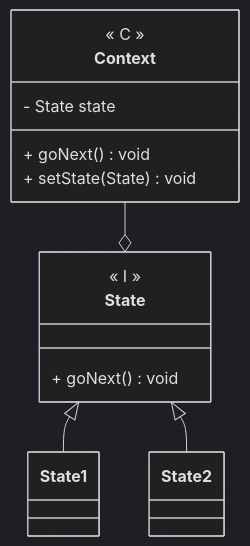
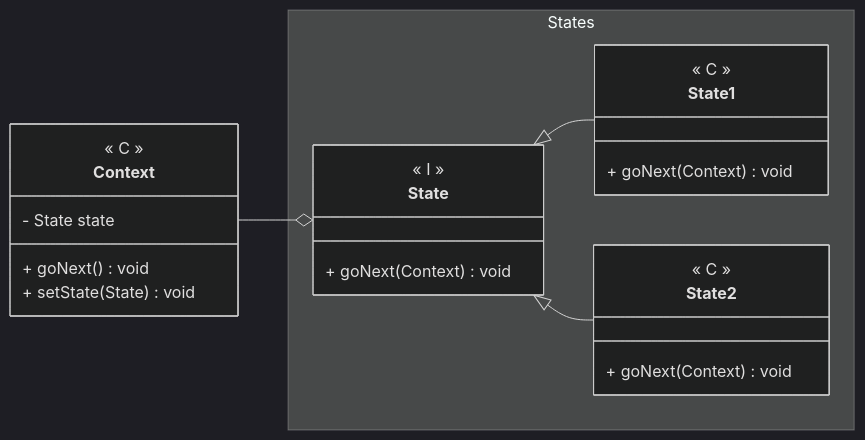
Before and after one commit to angelromarco04/MyNotes: the diagram in Programming/Patterns/data/State.md, drawn with Mermaid (dark theme). The commit also changed other lines of this file and 1 other file, not shown here.

````diff
--- a/Programming/Patterns/data/State.md
+++ b/Programming/Patterns/data/State.md
@@ -25,18 +25,32 @@
 ```mermaid
 classDiagram
+direction LR
+
 Context --o State
 State <|-- State1
 State <|-- State2
 
 class Context {
 	<< C >>
 	- State state
 	+ goNext() void
 	+ setState(State) void
 }
 
-class State {
-	<< I >>
-	+ goNext() void
+namespace States {
+	class State {
+		<< I >>
+		+ goNext(Context) void
+	}
+
+	class State1 {
+		<< C >>
+		+ goNext(Context) void
+	}
+	
+	class State2 {
+		<< C >>
+		+ goNext(Context) void
+	}
 }
 ```
````
